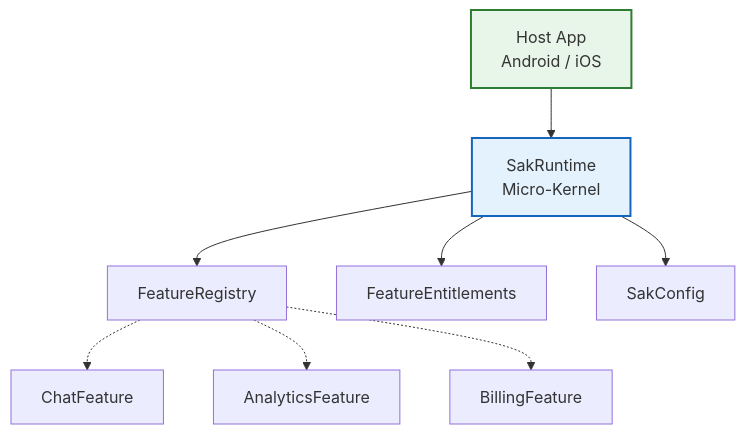
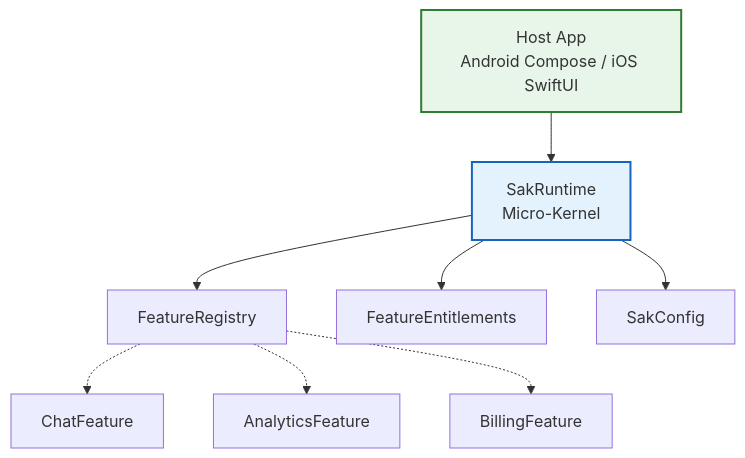
The first of 3 diagrams in docs/architecture.md (san-sk/sak), drawn with Mermaid before and after one commit. The commit also changed other lines of this file and 1 other file, not shown here.

````diff
--- a/docs/architecture.md
+++ b/docs/architecture.md
@@ -15,14 +26,14 @@
 ```mermaid
 graph TD
-    Host[Host App<br/>Android / iOS] --> SAK[SakRuntime<br/>Micro-Kernel]
+    Host[Host App<br/>Android Compose / iOS SwiftUI] --> SAK[SakRuntime<br/>Micro-Kernel]
     SAK --> Registry[FeatureRegistry]
     SAK --> License[FeatureEntitlements]
     SAK --> Config[SakConfig]
     
     Registry -.-> F1[ChatFeature]
     Registry -.-> F2[AnalyticsFeature]
     Registry -.-> F3[BillingFeature]
     
     style SAK fill:#e3f2fd,stroke:#1565c0,stroke-width:2px
     style Host fill:#e8f5e9,stroke:#2e7d32,stroke-width:2px
 ```
````
